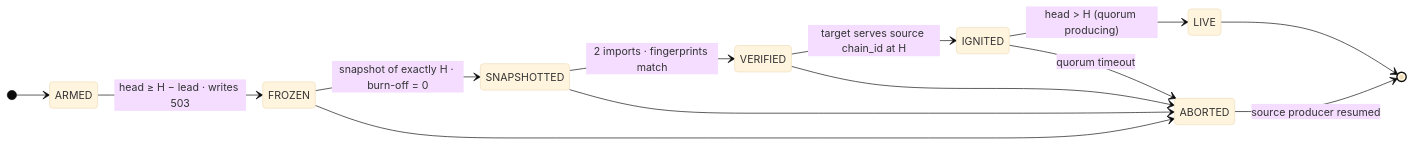
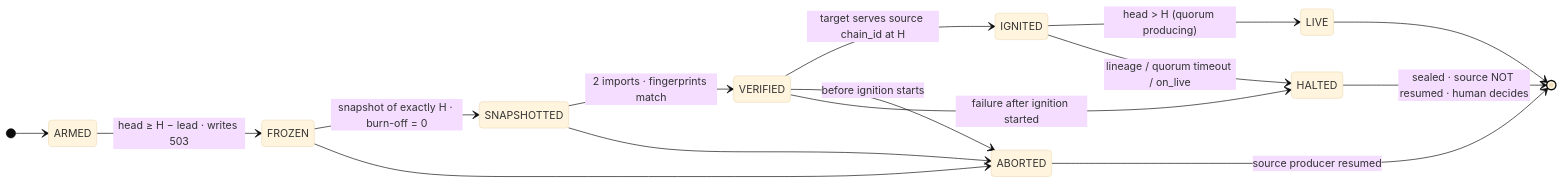
One commit to paulgnz/pulse-cutover changed the fifth of 5 diagrams in README.md. Above: the diagram before and after it, drawn with Mermaid (base theme). The commit also changed other lines of this file and 3 other files, not shown here.

Commit message:
docs round 4: README crash-recovery paragraph and state diagram (post-ignition failures HALT), abort exit codes 3/4, PROCESS gate diagram with HALTED path, DESIGN 'today' paragraph and interim rule, AGENTS rollback/on_abort contract, version rc.7

````diff
--- a/README.md
+++ b/README.md
@@ -605,16 +608,18 @@
 ```mermaid
 stateDiagram-v2
     direction LR
     [*] --> ARMED
     ARMED --> FROZEN: head ≥ H − lead · writes 503
     FROZEN --> SNAPSHOTTED: snapshot of exactly H · burn-off = 0
     SNAPSHOTTED --> VERIFIED: 2 imports · fingerprints match
     VERIFIED --> IGNITED: target serves source chain_id at H
     IGNITED --> LIVE: head > H (quorum producing)
     LIVE --> [*]
     FROZEN --> ABORTED
     SNAPSHOTTED --> ABORTED
-    VERIFIED --> ABORTED
-    IGNITED --> ABORTED: quorum timeout
+    VERIFIED --> ABORTED: before ignition starts
+    VERIFIED --> HALTED: failure after ignition started
+    IGNITED --> HALTED: lineage / quorum timeout / on_live
     ABORTED --> [*]: source producer resumed
+    HALTED --> [*]: sealed · source NOT resumed · human decides
 ```
````
